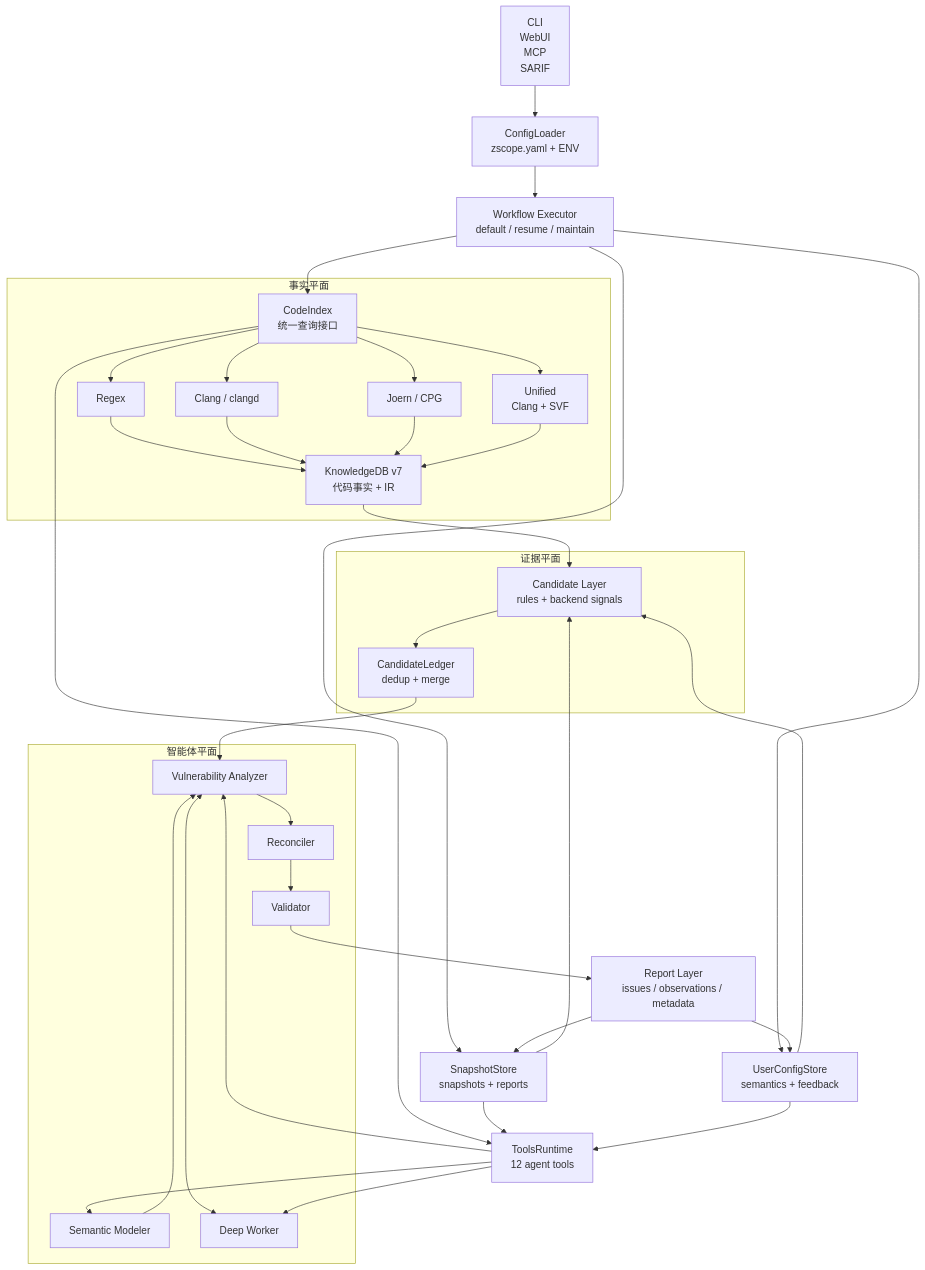
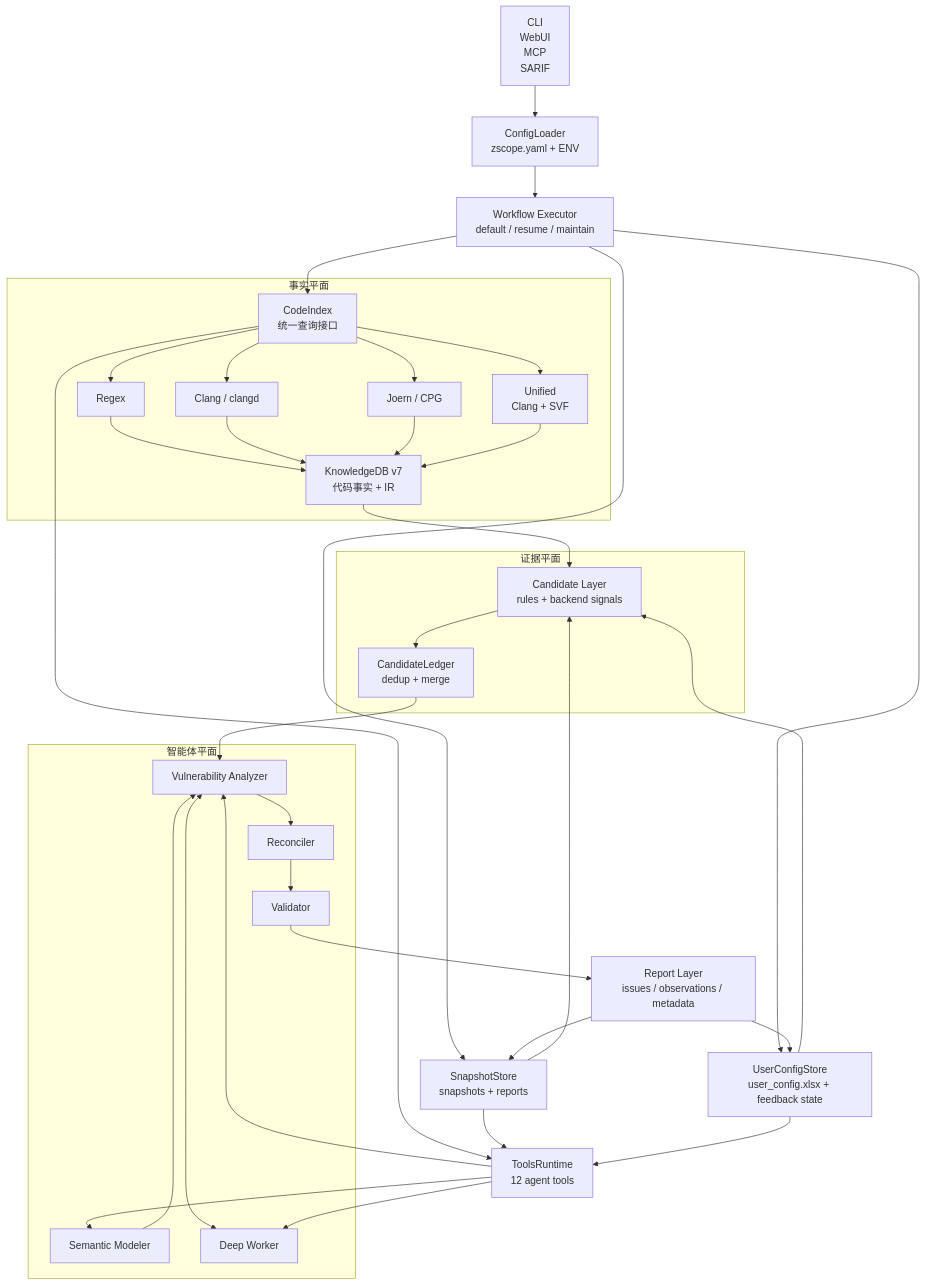
One commit to zealousness/Z-Scope changed the diagram in docs/architecture.md. Above: the diagram before and after it, drawn with Mermaid. The commit also changed other lines of this file and 30 other files, not shown here.

Commit message:
Add user config inference workflow

````diff
--- a/docs/architecture.md
+++ b/docs/architecture.md
@@ -44,59 +44,59 @@
 ```mermaid
 flowchart TB
     Ingress["CLI<br/>WebUI<br/>MCP<br/>SARIF"]
     Config["ConfigLoader<br/>zscope.yaml + ENV"]
     Workflow["Workflow Executor<br/>default / resume / maintain"]
 
     subgraph FactPlane["事实平面"]
         Index["CodeIndex<br/>统一查询接口"]
         Regex["Regex"]
         Clang["Clang / clangd"]
         Joern["Joern / CPG"]
         Unified["Unified<br/>Clang + SVF"]
         KDB["KnowledgeDB v7<br/>代码事实 + IR"]
     end
 
     subgraph EvidencePlane["证据平面"]
         Candidate["Candidate Layer<br/>rules + backend signals"]
         Ledger["CandidateLedger<br/>dedup + merge"]
     end
 
     subgraph AgentPlane["智能体平面"]
         Modeler["Semantic Modeler"]
         Analyzer["Vulnerability Analyzer"]
         Worker["Deep Worker"]
         Reconciler["Reconciler"]
         Validator["Validator"]
     end
 
     Tools["ToolsRuntime<br/>12 agent tools"]
     Snapshot["SnapshotStore<br/>snapshots + reports"]
-    UserCfg["UserConfigStore<br/>semantics + feedback"]
+    UserCfg["UserConfigStore<br/>user_config.xlsx + feedback state"]
     Report["Report Layer<br/>issues / observations / metadata"]
 
     Ingress --> Config --> Workflow
     Workflow --> Index
     Index --> Regex --> KDB
     Index --> Clang --> KDB
     Index --> Joern --> KDB
     Index --> Unified --> KDB
     Workflow --> Snapshot
     Workflow --> UserCfg
     KDB --> Candidate
     Snapshot --> Candidate
     UserCfg --> Candidate
     Candidate --> Ledger
     Ledger --> Analyzer
     Modeler --> Analyzer
     Analyzer <--> Worker
     Analyzer --> Reconciler --> Validator
     Tools --> Modeler
     Tools --> Analyzer
     Tools --> Worker
     Index --> Tools
     Snapshot --> Tools
     UserCfg --> Tools
     Validator --> Report
     Report --> Snapshot
     Report --> UserCfg
 ```
````
